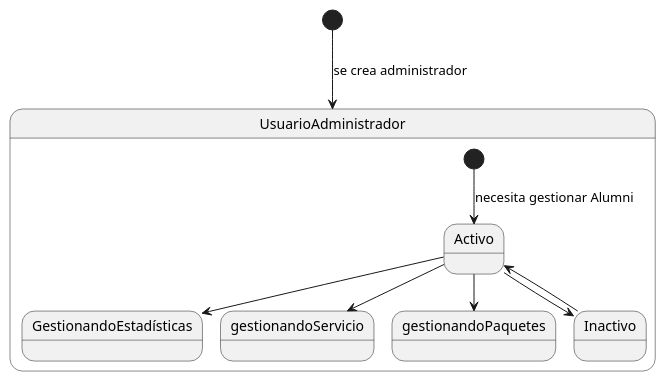
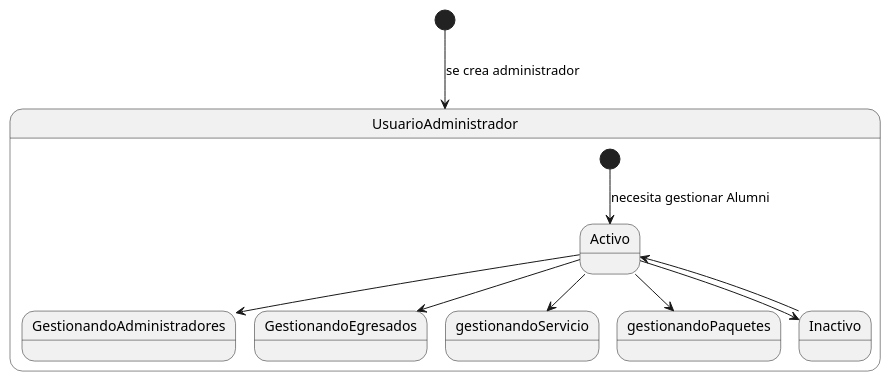
One commit to mmasias/23-24-IdSw1-SDR changed the diagram in Modelo_de_Dominio/Diagramas_de_Estado/Administrador/Diagrama_de_Estados_Administrador.puml. Above: the diagram before and after it, drawn with PlantUML. The commit also changed 1 other file, not shown here.

Commit message:
Update state transitions in Diagrama_de_Estados_Administrador.puml

```diff
--- a/Modelo_de_Dominio/Diagramas_de_Estado/Administrador/Diagrama_de_Estados_Administrador.puml
+++ b/Modelo_de_Dominio/Diagramas_de_Estado/Administrador/Diagrama_de_Estados_Administrador.puml
@@ -1,16 +1,17 @@
 @startuml
 [*] --> UsuarioAdministrador: se crea administrador
 
 
 
 state UsuarioAdministrador{
-Activo-->GestionandoEstadísticas
+Activo-->GestionandoAdministradores
+Activo-->GestionandoEgresados
 [*]-->Activo: necesita gestionar Alumni
-Activo-->gestionandoServicio 
+Activo-->gestionandoServicio
 Activo-->gestionandoPaquetes 
 Activo --> Inactivo
 Inactivo --> Activo
 }
 
 
 @enduml
```
